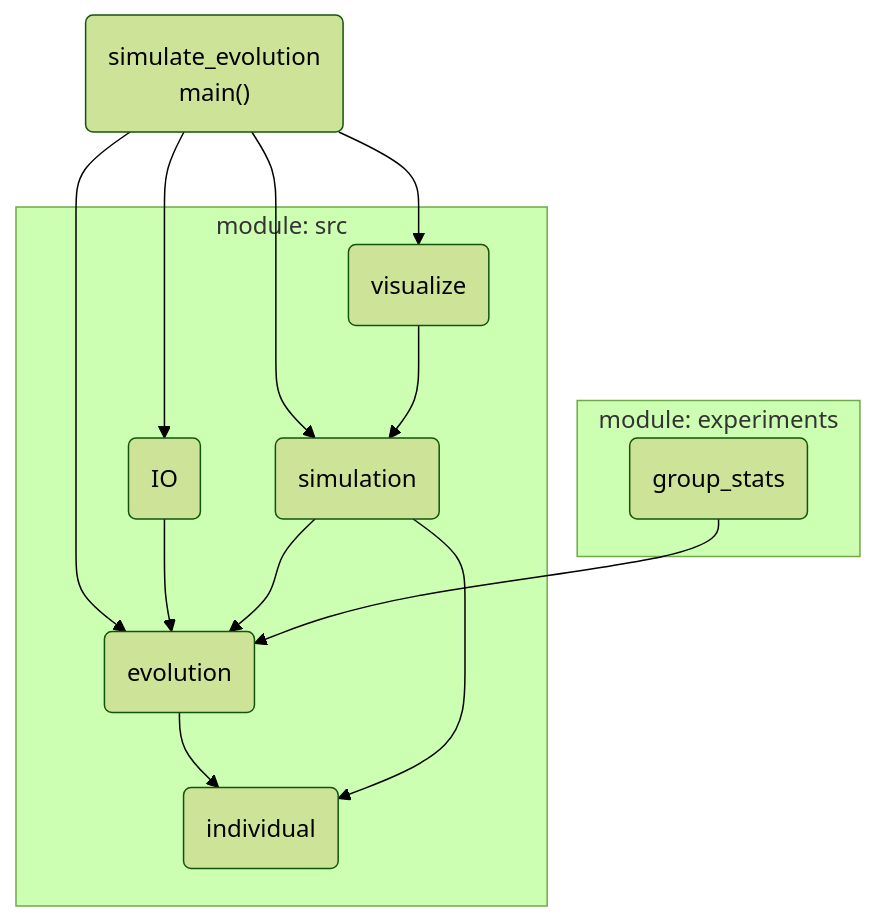
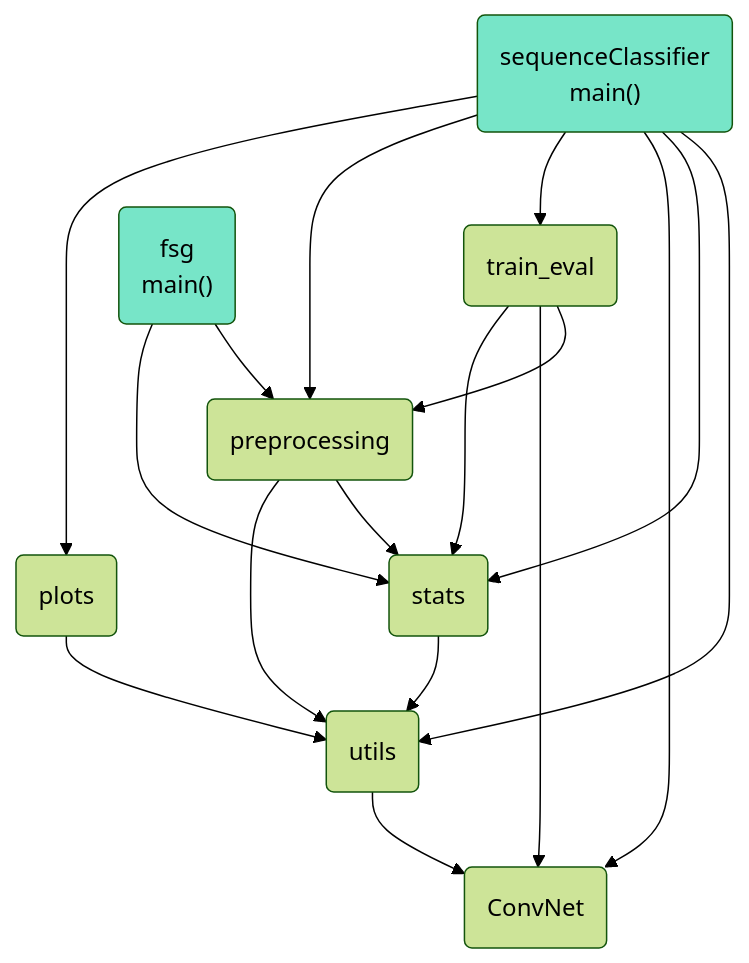
Before and after one commit to JohannaTrost/seqsharp: the diagram in README.md, drawn with Mermaid (forest theme). The commit also changed other lines of this file, not shown here.

````diff
--- a/README.md
+++ b/README.md
@@ -182,17 +324,31 @@
 ```mermaid
 graph TD 
-SE("simulate_evolution <br/> main()") --> IO(IO)
-SE --> V(visualize)
-SE --> S(simulation)
-SE --> E(evolution)
-subgraph module: src
-E --> I(individual)
-IO --> E
-V --> S
-S --> I 
-S --> E
-end
-subgraph module: experiments
-GS(group_stats) --> E
-end
+SC("sequenceClassifier <br/> main()")
+SC --> U(utils)
+SC --> S(stats)
+SC --> CN(ConvNet)
+SC --> T(train_eval)
+SC --> P(preprocessing)
+SC --> PL(plots)
+
+F("fsg <br/> main()")
+
+T --> P
+T --> CN
+T --> S
+
+P --> S
+P --> U
+
+PL --> U
+
+S --> U
+
+U --> CN
+
+F --> P
+F --> S
+
+style SC fill:#77e5c8
+style F fill:#77e5c8
 ```
````
